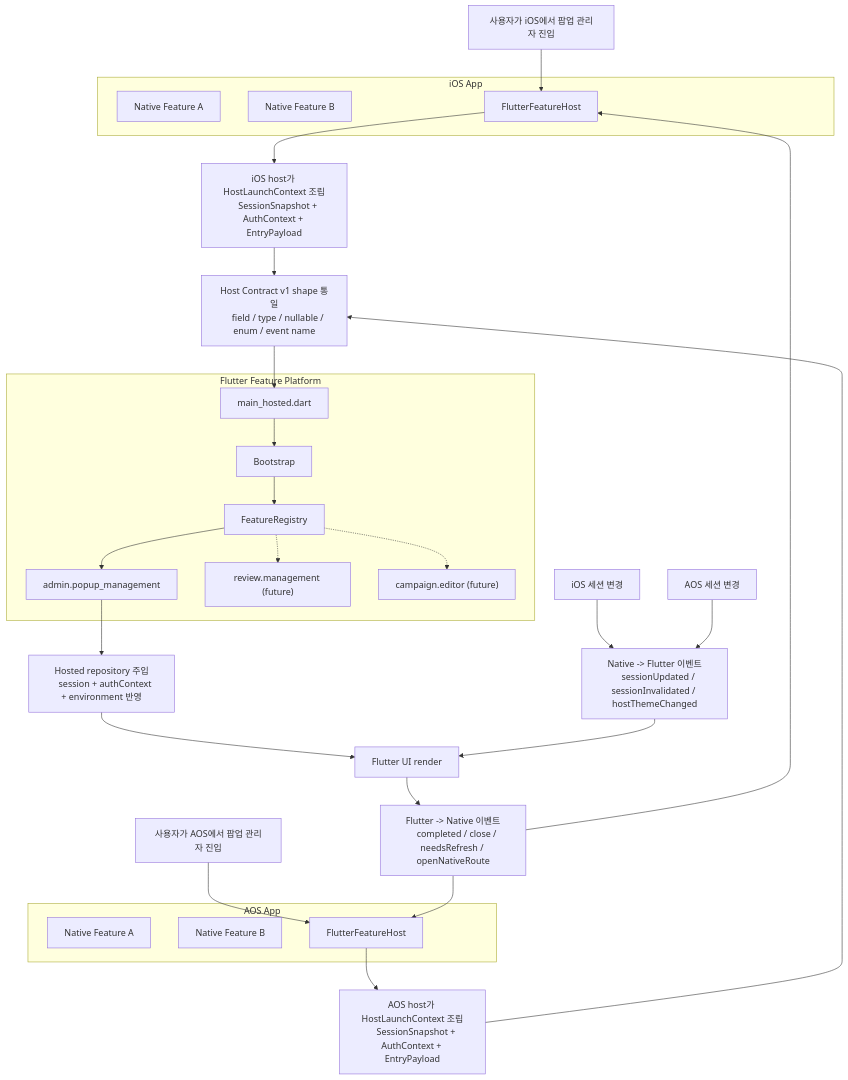
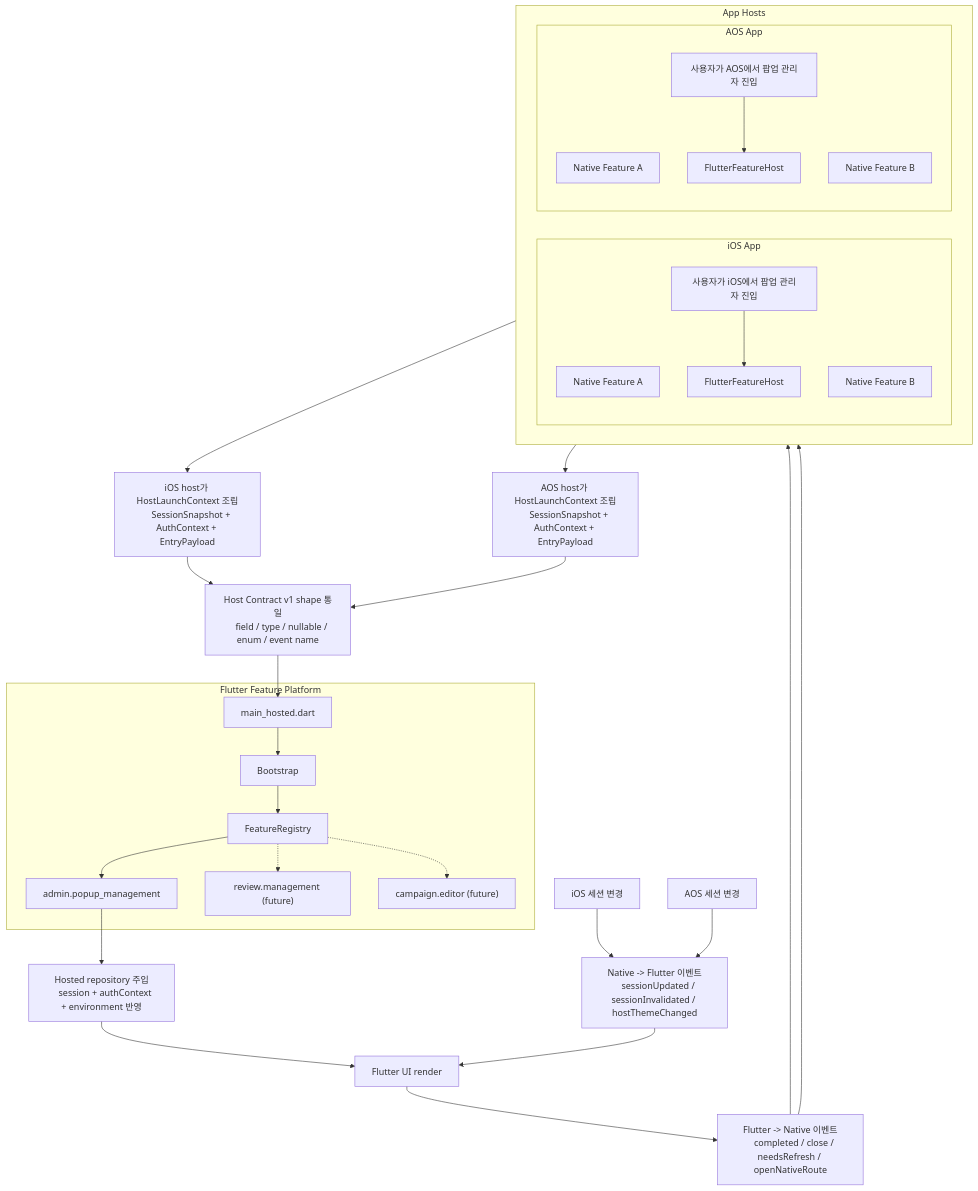
One commit to team-PopPang/PopPang-Flutter changed the diagram in README.md. Above: the diagram before and after it, drawn with Mermaid.

````diff
--- a/README.md
+++ b/README.md
@@ -672,54 +672,62 @@
 ```mermaid
 flowchart TD
-    subgraph IOS["iOS App"]
-        I1["Native Feature A"]
-        I2["Native Feature B"]
-        I3["FlutterFeatureHost"]
+    subgraph HOSTS["App Hosts"]
+        direction LR
+
+        subgraph IOS["iOS App"]
+            direction TB
+            I1["Native Feature A"]
+            I2["Native Feature B"]
+            U1["사용자가 iOS에서 팝업 관리자 진입"]
+            I3["FlutterFeatureHost"]
+        end
+
+        subgraph AOS["AOS App"]
+            direction TB
+            A1["Native Feature A"]
+            A2["Native Feature B"]
+            U2["사용자가 AOS에서 팝업 관리자 진입"]
+            A3["FlutterFeatureHost"]
+        end
     end
-
-    subgraph AOS["AOS App"]
-        A1["Native Feature A"]
-        A2["Native Feature B"]
-        A3["FlutterFeatureHost"]
-    end
-
-    U1["사용자가 iOS에서 팝업 관리자 진입"] --> I3
-    U2["사용자가 AOS에서 팝업 관리자 진입"] --> A3
 
     I3 --> H1["iOS host가 HostLaunchContext 조립
     SessionSnapshot + AuthContext + EntryPayload"]
     A3 --> H2["AOS host가 HostLaunchContext 조립
     SessionSnapshot + AuthContext + EntryPayload"]
+
+    U1 --> I3
+    U2 --> A3
 
     H1 --> C1["Host Contract v1 shape 통일
     field / type / nullable / enum / event name"]
     H2 --> C1
 
     subgraph FLUTTER["Flutter Feature Platform"]
         F1["main_hosted.dart"]
         F2["Bootstrap"]
         F3["FeatureRegistry"]
         F4["admin.popup_management"]
         F5["review.management (future)"]
         F6["campaign.editor (future)"]
     end
 
     C1 --> F1 --> F2 --> F3
     F3 --> F4
     F3 -.-> F5
     F3 -.-> F6
 
     F4 --> R1["Hosted repository 주입
     session + authContext + environment 반영"]
     R1 --> UI1["Flutter UI render"]
 
     UI1 --> E1["Flutter -> Native 이벤트
     completed / close / needsRefresh / openNativeRoute"]
     E1 --> I3
     E1 --> A3
 
     I5["iOS 세션 변경"] --> E2["Native -> Flutter 이벤트
     sessionUpdated / sessionInvalidated / hostThemeChanged"]
     A5["AOS 세션 변경"] --> E2
     E2 --> UI1
 ```
````
